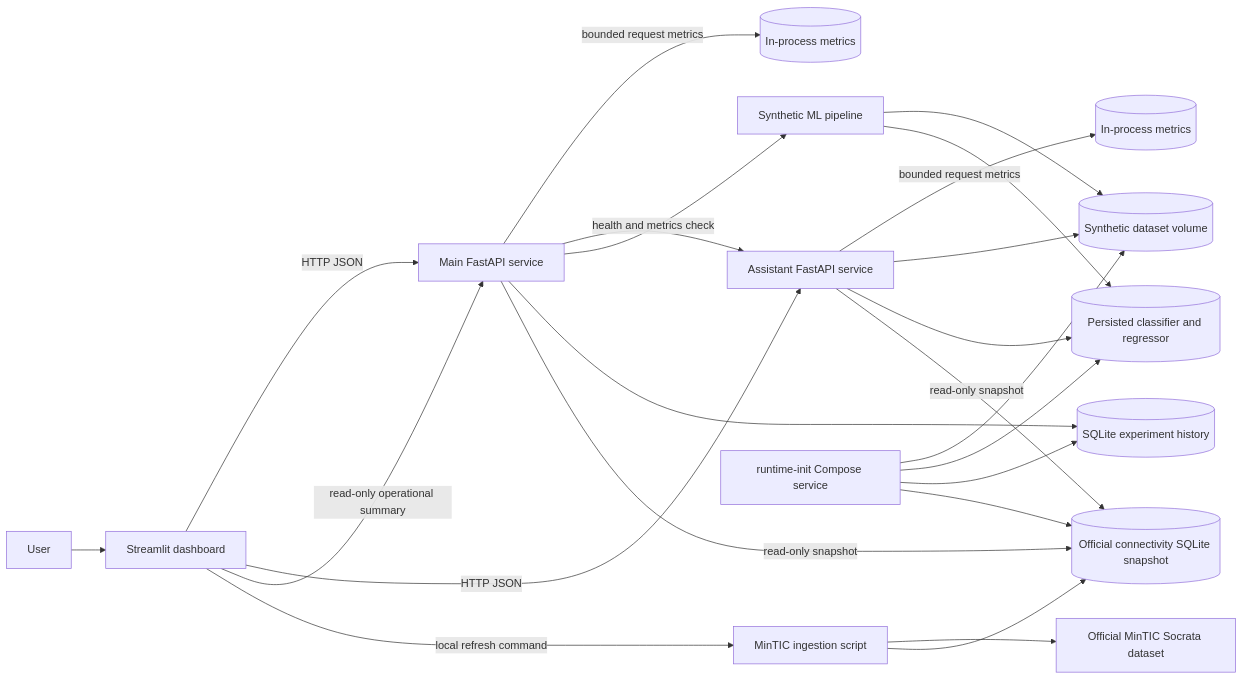
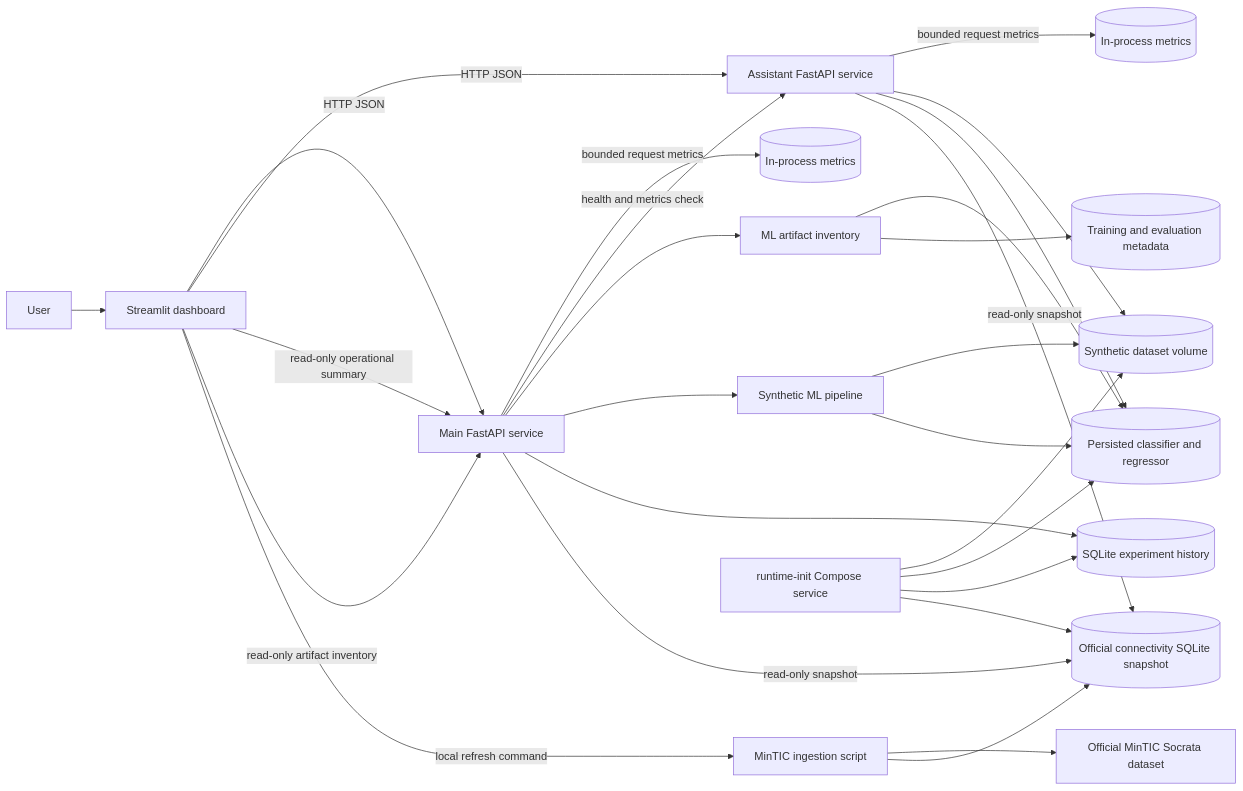
One commit to OAlexProgramerO/wifi-tunja-smart-predictor changed the diagram in docs/architecture.md. Above: the diagram before and after it, drawn with Mermaid. The commit also changed other lines of this file and 1 other file, not shown here.

Commit message:
docs: define ML artifact inventory

````diff
--- a/docs/architecture.md
+++ b/docs/architecture.md
@@ -5,25 +5,29 @@
 ```mermaid
 flowchart LR
     User[User] --> UI[Streamlit dashboard]
     UI -->|HTTP JSON| Main[Main FastAPI service]
     UI -->|HTTP JSON| Assistant[Assistant FastAPI service]
     Main -->|bounded request metrics| MainMetrics[(In-process metrics)]
     Assistant -->|bounded request metrics| AssistantMetrics[(In-process metrics)]
     UI -->|read-only operational summary| Main
     Main -->|health and metrics check| Assistant
+    UI -->|read-only artifact inventory| Main
+    Main --> Inventory[ML artifact inventory]
+    Inventory --> Models[(Persisted classifier and regressor)]
+    Inventory --> Metadata[(Training and evaluation metadata)]
     Main --> Synthetic[ Synthetic ML pipeline ]
     Synthetic --> Data[(Synthetic dataset volume)]
     Synthetic --> Models[(Persisted classifier and regressor)]
     Main --> Experiments[(SQLite experiment history)]
     Assistant --> Data
     Assistant --> Models
     UI -->|local refresh command| Ingestion[MinTIC ingestion script]
     Ingestion --> Source[Official MinTIC Socrata dataset]
     Ingestion --> Snapshot[(Official connectivity SQLite snapshot)]
     Main -->|read-only snapshot| Snapshot
     Assistant -->|read-only snapshot| Snapshot
     Init[runtime-init Compose service] --> Data
     Init --> Models
     Init --> Experiments
     Init --> Snapshot
 ```
````
